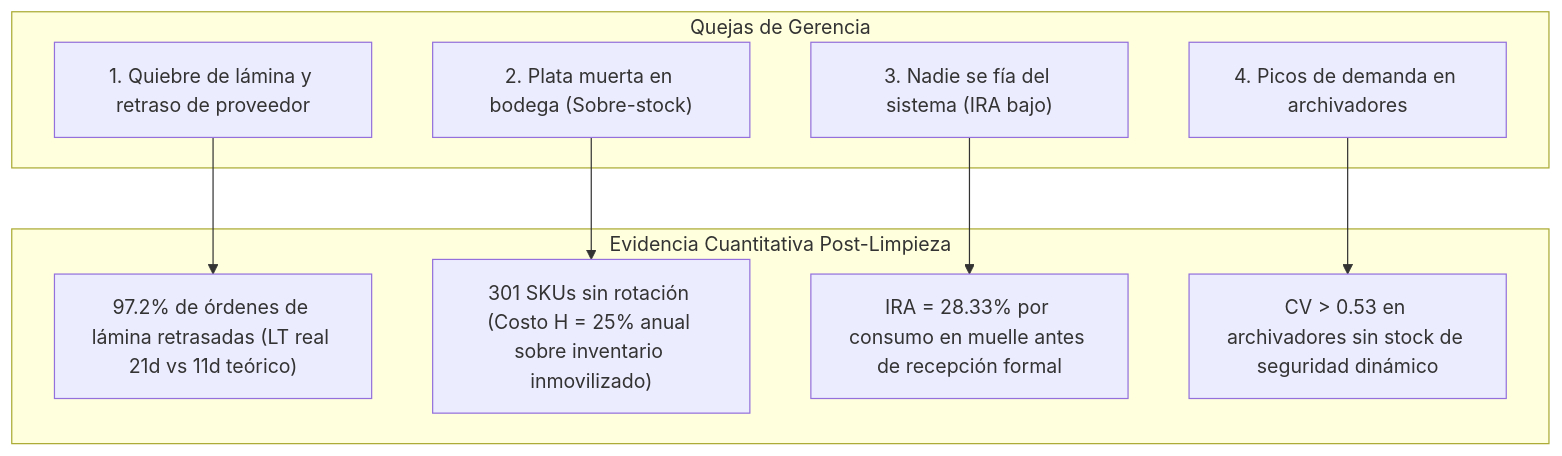
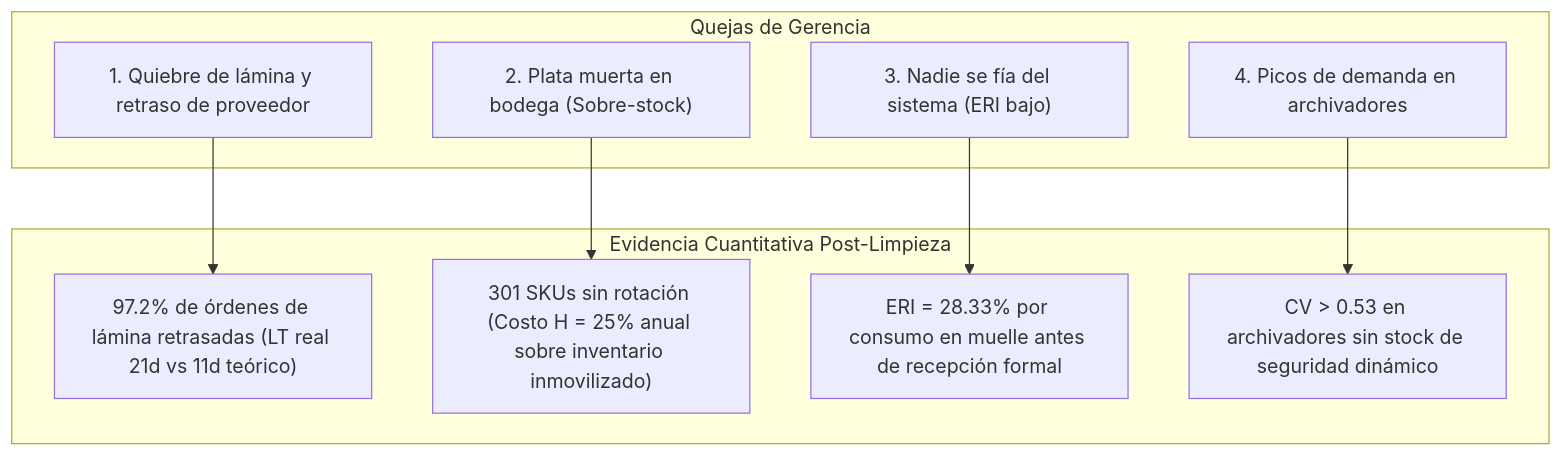
One commit to juliancarmotrice-star/E2 changed the third of 3 diagrams in informes/DOCUMENTACION_IMPLICACIONES_CAMBIOS.md. Above: the diagram before and after it, drawn with Mermaid. The commit also changed other lines of this file and 15 other files, not shown here.

Commit message:
docs: harmonize SLA and ERI terminology across all reports and align architecture section 6 baseline figures

````diff
--- a/informes/DOCUMENTACION_IMPLICACIONES_CAMBIOS.md
+++ b/informes/DOCUMENTACION_IMPLICACIONES_CAMBIOS.md
@@ -208,21 +208,21 @@
 ```mermaid
 graph TD
     subgraph Quejas de Gerencia
         Q1["1. Quiebre de lámina y retraso de proveedor"]
         Q2["2. Plata muerta en bodega (Sobre-stock)"]
-        Q3["3. Nadie se fía del sistema (IRA bajo)"]
+        Q3["3. Nadie se fía del sistema (ERI bajo)"]
         Q4["4. Picos de demanda en archivadores"]
     end
 
     subgraph Evidencia Cuantitativa Post-Limpieza
         E1["97.2% de órdenes de lámina retrasadas (LT real 21d vs 11d teórico)"]
         E2["301 SKUs sin rotación (Costo H = 25% anual sobre inventario inmovilizado)"]
-        E3["IRA = 28.33% por consumo en muelle antes de recepción formal"]
+        E3["ERI = 28.33% por consumo en muelle antes de recepción formal"]
         E4["CV > 0.53 en archivadores sin stock de seguridad dinámico"]
     end
 
     Q1 --> E1
     Q2 --> E2
     Q3 --> E3
     Q4 --> E4
 ```
````
